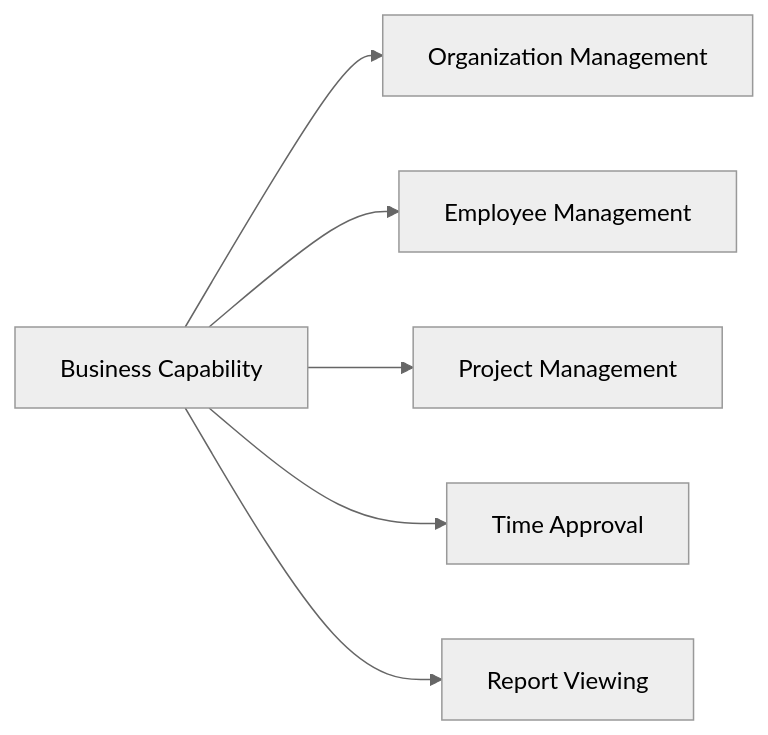
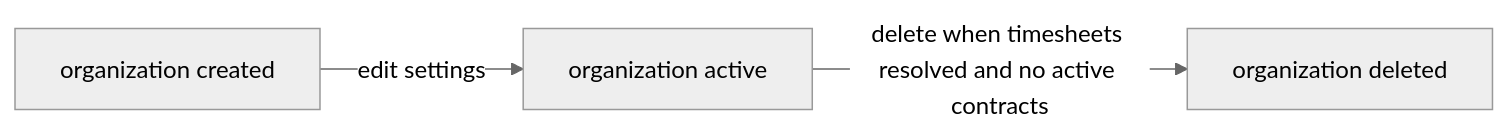
Diagram 11 of 19 in openai/gpt-5.4-mini/erp/docs/analysis/02-domain-model.md (wrtnlabs/autobe-examples), drawn with Mermaid (neutral theme) before and after one commit. The commit also changed other lines of this file and 9017 other files, not shown here.

````diff
--- a/openai/gpt-5.4-mini/erp/docs/analysis/02-domain-model.md
+++ b/openai/gpt-5.4-mini/erp/docs/analysis/02-domain-model.md
@@ -235,8 +661,5 @@
 ```mermaid
 flowchart LR
-    A["Business Capability"] --> B["Organization Management"]
-    A --> C["Employee Management"]
-    A --> D["Project Management"]
-    A --> E["Time Approval"]
-    A --> F["Report Viewing"]
+    A["organization created"] -->|"edit settings"| B["organization active"]
+    B -->|"delete when timesheets resolved and no active contracts"| C["organization deleted"]
 ```
````
